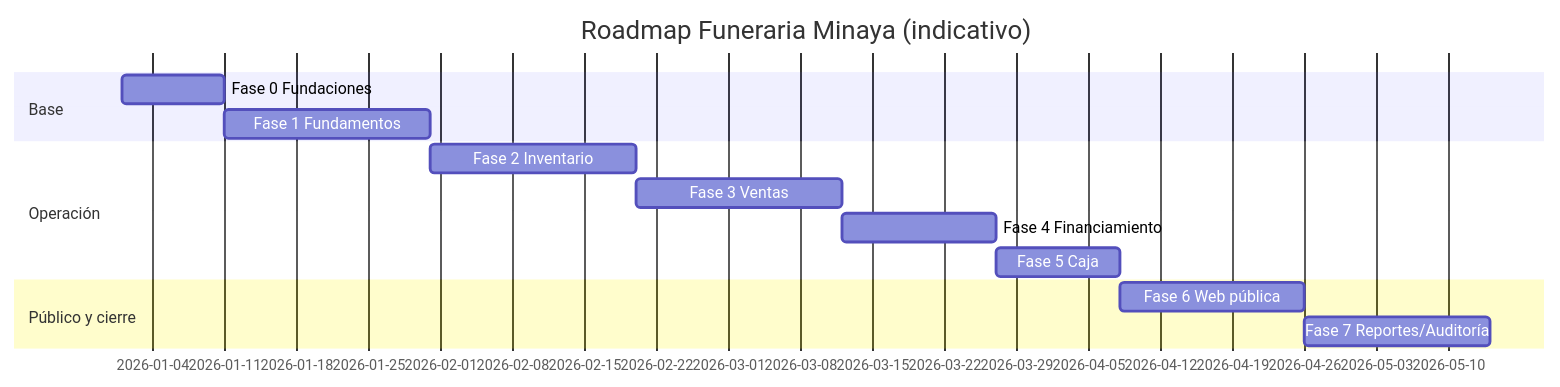
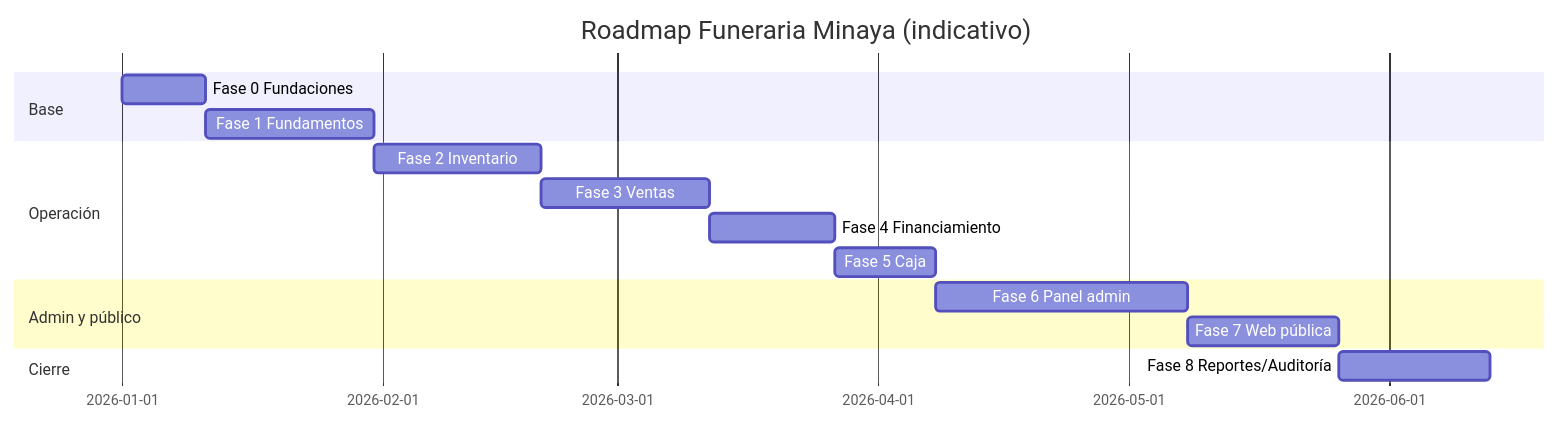
The diagram in docs/33_roadmap.md (ricardooncoy2-hub/funeraria), drawn with Mermaid before and after one commit. The commit also changed other lines of this file and 1 other file, not shown here.

First line of the commit message:
Roadmap: agrega Fase 6 (panel de administración) con sub-fases

````diff
--- a/docs/33_roadmap.md
+++ b/docs/33_roadmap.md
@@ -62,16 +75,18 @@
 ```mermaid
 gantt
   dateFormat  YYYY-MM-DD
   title Roadmap Funeraria Minaya (indicativo)
   section Base
   Fase 0 Fundaciones        :f0, 2026-01-01, 10d
   Fase 1 Fundamentos        :f1, after f0, 20d
   section Operación
   Fase 2 Inventario         :f2, after f1, 20d
   Fase 3 Ventas             :f3, after f2, 20d
   Fase 4 Financiamiento     :f4, after f3, 15d
   Fase 5 Caja               :f5, after f4, 12d
-  section Público y cierre
-  Fase 6 Web pública        :f6, after f5, 18d
-  Fase 7 Reportes/Auditoría :f7, after f6, 18d
+  section Admin y público
+  Fase 6 Panel admin        :f6, after f5, 30d
+  Fase 7 Web pública        :f7, after f6, 18d
+  section Cierre
+  Fase 8 Reportes/Auditoría :f8, after f7, 18d
 ```
````
